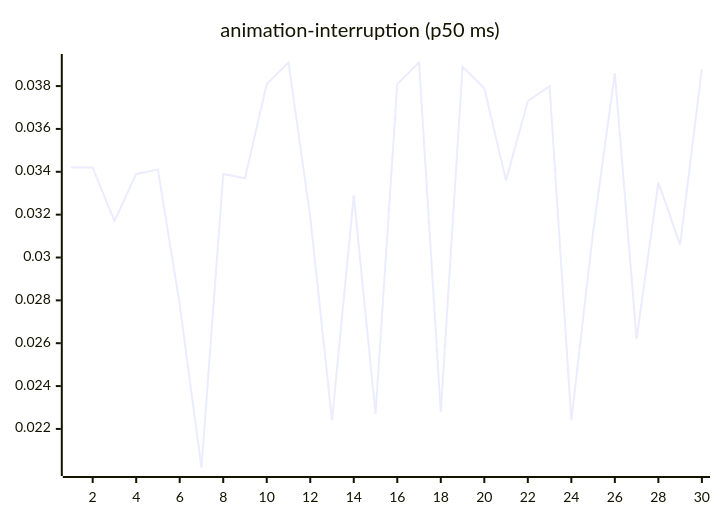
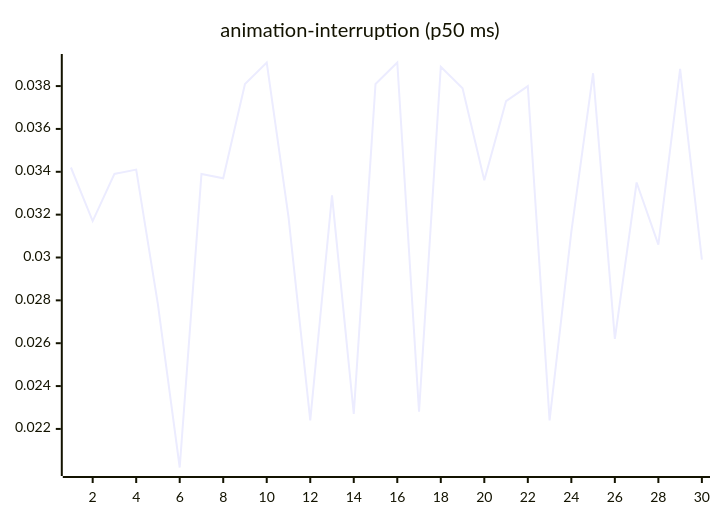
Before and after one commit to josha/Facet: the third of 27 diagrams in README.md, drawn with Mermaid. The commit also changed other lines of this file and 2 other files, not shown here.

````diff
--- a/README.md
+++ b/README.md
@@ -77,6 +77,6 @@
 ```mermaid
 xychart-beta
     title "animation-interruption (p50 ms)"
     x-axis 1 --> 30
-    line [0.0342, 0.0342, 0.0317, 0.0339, 0.0341, 0.0278, 0.0202, 0.0339, 0.0337, 0.0381, 0.0391, 0.0319, 0.0224, 0.0329, 0.0227, 0.0381, 0.0391, 0.0228, 0.0389, 0.0379, 0.0336, 0.0373, 0.0380, 0.0224, 0.0312, 0.0386, 0.0262, 0.0335, 0.0306, 0.0388]
+    line [0.0342, 0.0317, 0.0339, 0.0341, 0.0278, 0.0202, 0.0339, 0.0337, 0.0381, 0.0391, 0.0319, 0.0224, 0.0329, 0.0227, 0.0381, 0.0391, 0.0228, 0.0389, 0.0379, 0.0336, 0.0373, 0.0380, 0.0224, 0.0312, 0.0386, 0.0262, 0.0335, 0.0306, 0.0388, 0.0299]
 ```
````
